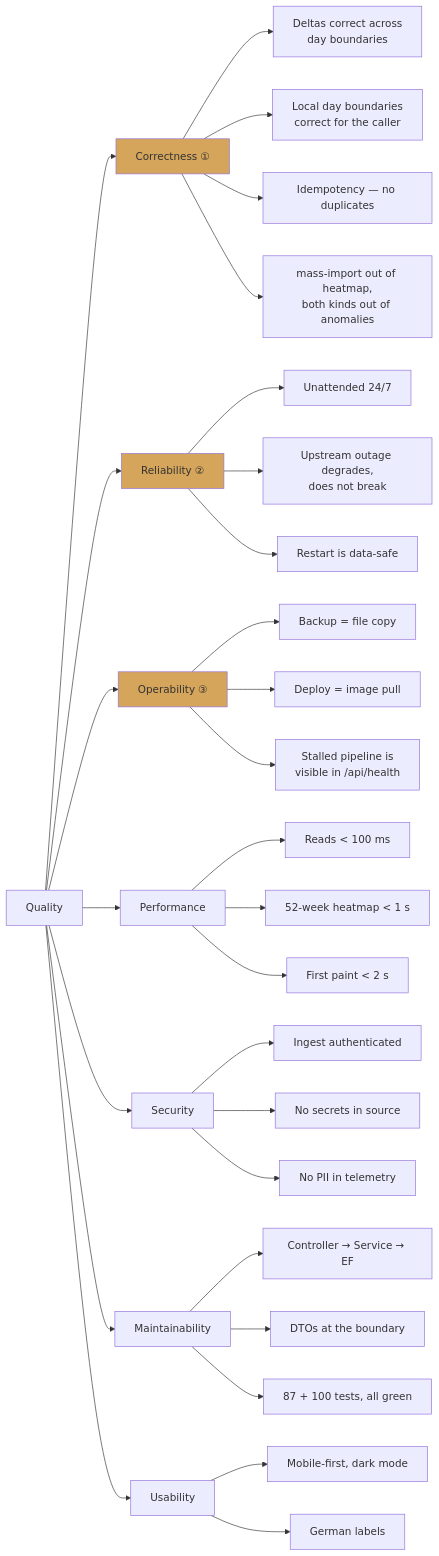
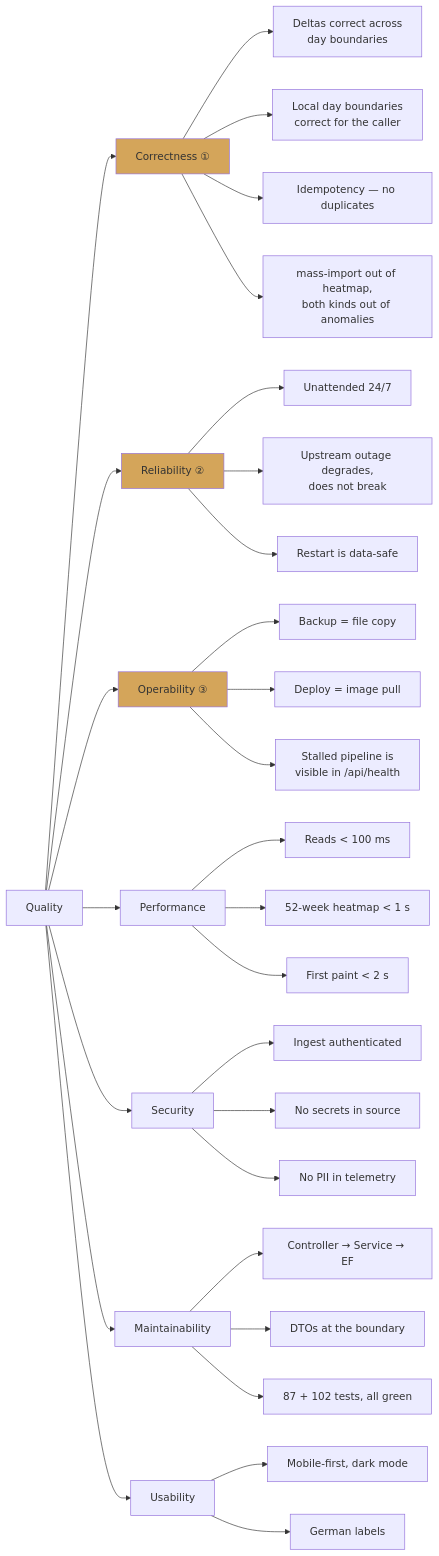
The diagram in doc/arc42/10-quality.md (Gereon93/coffee), drawn with Mermaid before and after one commit. The commit also changed other lines of this file and 9 other files, not shown here.

````diff
--- a/doc/arc42/10-quality.md
+++ b/doc/arc42/10-quality.md
@@ -5,44 +5,44 @@
 ```mermaid
 graph LR
     Q["Quality"]
 
     Q --> C["Correctness ①"]
     Q --> R["Reliability ②"]
     Q --> O["Operability ③"]
     Q --> P["Performance"]
     Q --> S["Security"]
     Q --> M["Maintainability"]
     Q --> U["Usability"]
 
     C --> C1["Deltas correct across<br/>day boundaries"]
     C --> C2["Local day boundaries<br/>correct for the caller"]
     C --> C3["Idempotency — no duplicates"]
     C --> C4["mass-import out of heatmap,<br/>both kinds out of anomalies"]
 
     R --> R1["Unattended 24/7"]
     R --> R2["Upstream outage degrades,<br/>does not break"]
     R --> R3["Restart is data-safe"]
 
     O --> O1["Backup = file copy"]
     O --> O2["Deploy = image pull"]
     O --> O3["Stalled pipeline is<br/>visible in /api/health"]
 
     P --> P1["Reads < 100 ms"]
     P --> P2["52-week heatmap < 1 s"]
     P --> P3["First paint < 2 s"]
 
     S --> S1["Ingest authenticated"]
     S --> S2["No secrets in source"]
     S --> S3["No PII in telemetry"]
 
     M --> M1["Controller → Service → EF"]
     M --> M2["DTOs at the boundary"]
-    M --> M3["87 + 100 tests, all green"]
+    M --> M3["87 + 102 tests, all green"]
 
     U --> U1["Mobile-first, dark mode"]
     U --> U2["German labels"]
 
     style C fill:#d4a55a
     style R fill:#d4a55a
     style O fill:#d4a55a
 ```
````
